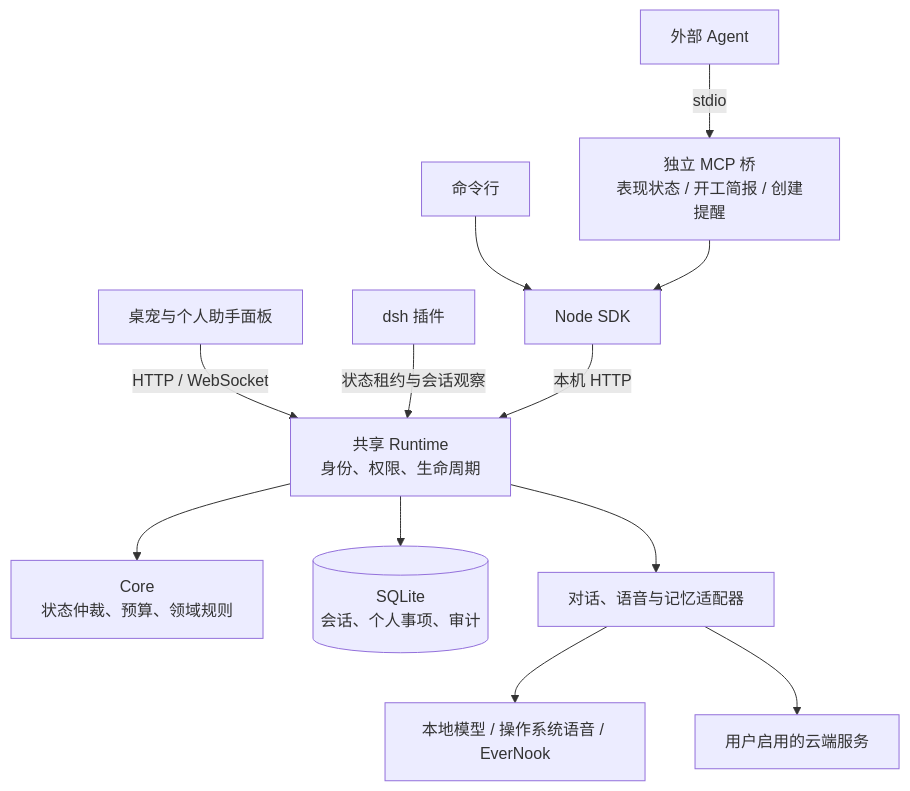
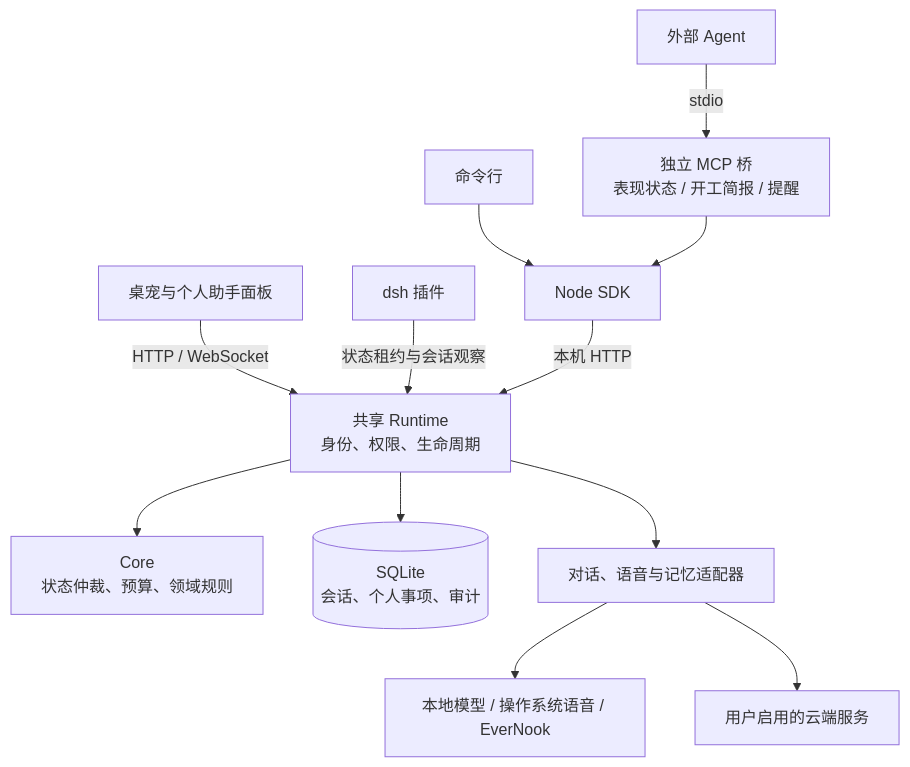
One commit to destinyTaoTao/maneki-pet changed the diagram in README.md. Above: the diagram before and after it, drawn with Mermaid. The commit also changed other lines of this file and 2 other files, not shown here.

````diff
--- a/README.md
+++ b/README.md
@@ -23,14 +24,14 @@
 ```mermaid
 flowchart TB
     Shell["桌宠与个人助手面板"] -->|HTTP / WebSocket| Runtime["共享 Runtime<br/>身份、权限、生命周期"]
     Dsh["dsh 插件"] -->|状态租约与会话观察| Runtime
-    Agent["外部 Agent"] -->|stdio| MCP["独立 MCP 桥<br/>表现状态 / 开工简报 / 创建提醒"]
+    Agent["外部 Agent"] -->|stdio| MCP["独立 MCP 桥<br/>表现状态 / 开工简报 / 提醒"]
     CLI["命令行"] --> SDK["Node SDK"]
     MCP --> SDK
     SDK -->|本机 HTTP| Runtime
     Runtime --> Core["Core<br/>状态仲裁、预算、领域规则"]
     Runtime --> Store[("SQLite<br/>会话、个人事项、审计")]
     Runtime --> Ports["对话、语音与记忆适配器"]
     Ports --> Local["本地模型 / 操作系统语音 / EverNook"]
     Ports --> Cloud["用户启用的云端服务"]
 ```
````
